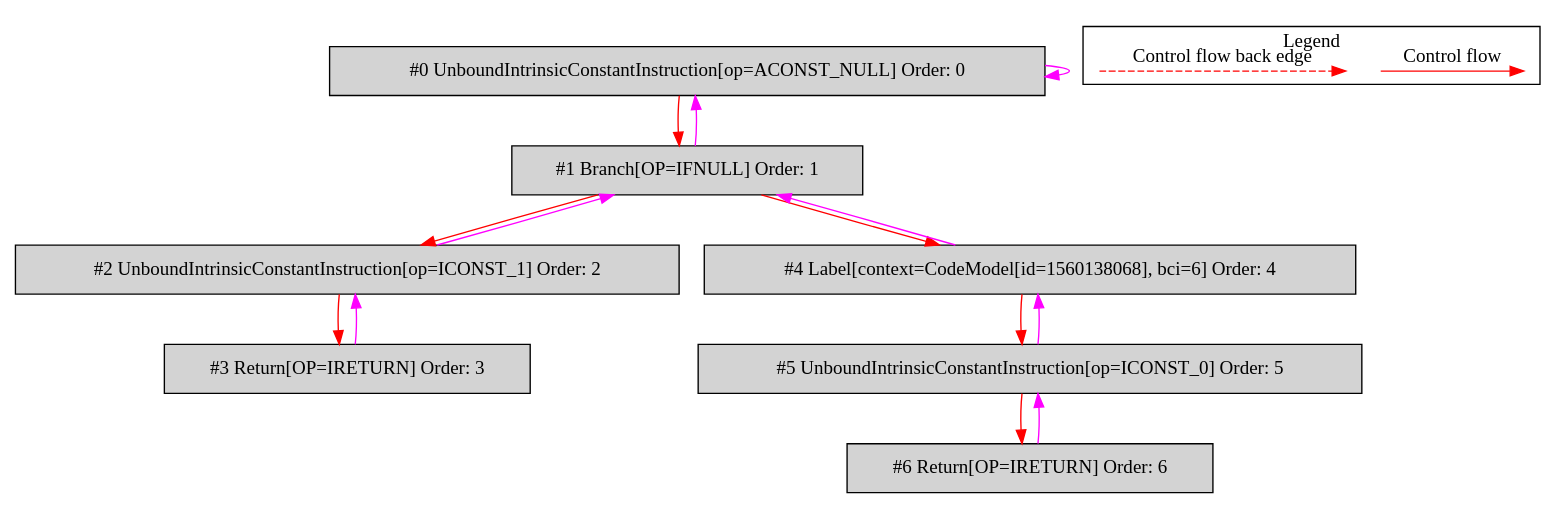
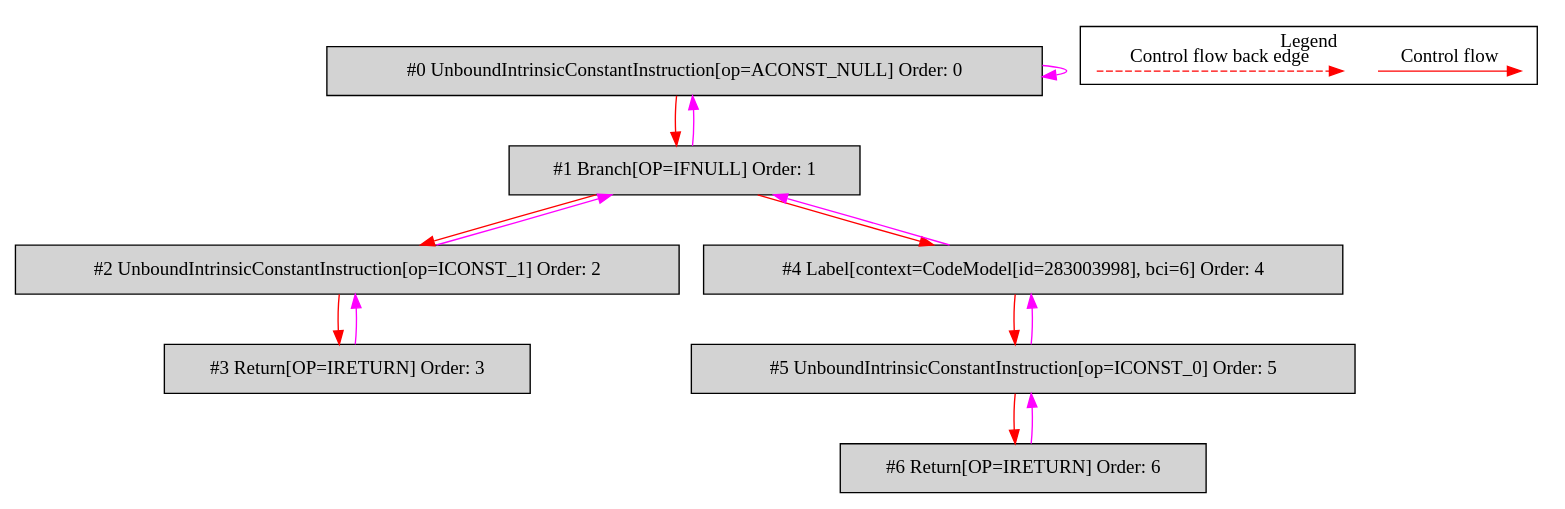
The diagram in de.mirkosertic.metair.ir.OpcodeIFNULLTest/test_IFNULL/bytecodecfg.dot (mirkosertic/MetaIR), drawn with Graphviz before and after one commit. The commit also changed 440 other files, not shown here.

```diff
--- a/de.mirkosertic.metair.ir.OpcodeIFNULLTest/test_IFNULL/bytecodecfg.dot
+++ b/de.mirkosertic.metair.ir.OpcodeIFNULLTest/test_IFNULL/bytecodecfg.dot
@@ -1,37 +1,37 @@
 digraph {
  ordering="in";
  node0[label="#0 UnboundIntrinsicConstantInstruction[op=ACONST_NULL] Order: 0", shape=box, fillcolor=lightgrey, style=filled];
  node1[label="#1 Branch[OP=IFNULL] Order: 1", shape=box, fillcolor=lightgrey, style=filled];
  node2[label="#2 UnboundIntrinsicConstantInstruction[op=ICONST_1] Order: 2", shape=box, fillcolor=lightgrey, style=filled];
  node3[label="#3 Return[OP=IRETURN] Order: 3", shape=box, fillcolor=lightgrey, style=filled];
- node4[label="#4 Label[context=CodeModel[id=1560138068], bci=6] Order: 4", shape=box, fillcolor=lightgrey, style=filled];
+ node4[label="#4 Label[context=CodeModel[id=283003998], bci=6] Order: 4", shape=box, fillcolor=lightgrey, style=filled];
  node5[label="#5 UnboundIntrinsicConstantInstruction[op=ICONST_0] Order: 5", shape=box, fillcolor=lightgrey, style=filled];
  node6[label="#6 Return[OP=IRETURN] Order: 6", shape=box, fillcolor=lightgrey, style=filled];
  node0 -> node0[color=fuchsia];
  node0 -> node1[color=red];
  node1 -> node0[color=fuchsia];
  node1 -> node2[color=red];
  node2 -> node1[color=fuchsia];
  node2 -> node3[color=red];
  node3 -> node2[color=fuchsia];
  node1 -> node4[color=red];
  node4 -> node1[color=fuchsia];
  node4 -> node5[color=red];
  node5 -> node4[color=fuchsia];
  node5 -> node6[color=red];
  node6 -> node5[color=fuchsia];
  subgraph cluster_000 {
   label = "Legend";
   node [shape=point]
   {
    rank=same;
    c0 [style = invis];
    c1 [style = invis];
    c2 [style = invis];
    c3 [style = invis];
   }
   c0 -> c1 [label="Control flow", style=solid, color=red]
   c2 -> c3 [label="Control flow back edge", style=dashed, color=red]
  }
 
 }
```
